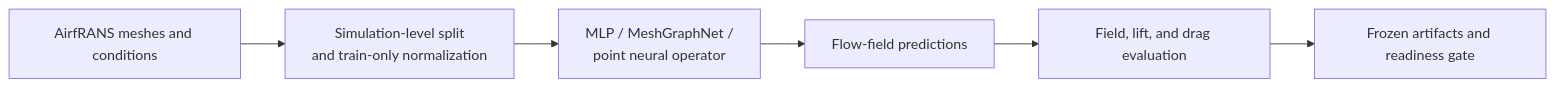
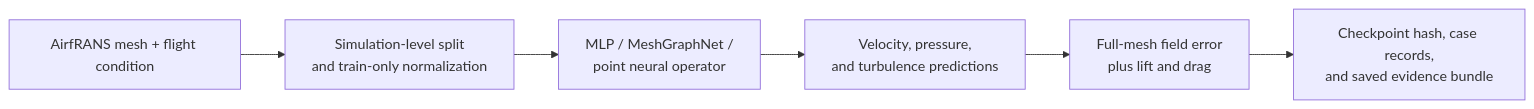
One commit to triasha72/AIRFAANS changed the diagram in README.md. Above: the diagram before and after it, drawn with Mermaid. The commit also changed other lines of this file, not shown here.

Commit message:
docs: clarify AIRFAANS project story and evidence

````diff
--- a/README.md
+++ b/README.md
@@ -19,8 +55,8 @@
 ```mermaid
 flowchart LR
-    A[AirfRANS meshes and conditions] --> B[Simulation-level split\nand train-only normalization]
+    A[AirfRANS mesh + flight condition] --> B[Simulation-level split\nand train-only normalization]
     B --> C[MLP / MeshGraphNet /\npoint neural operator]
-    C --> D[Flow-field predictions]
-    D --> E[Field, lift, and drag evaluation]
-    E --> F[Frozen artifacts and readiness gate]
+    C --> D[Velocity, pressure,\nand turbulence predictions]
+    D --> E[Full-mesh field error\nplus lift and drag]
+    E --> F[Checkpoint hash, case records,\nand saved evidence bundle]
 ```
````
